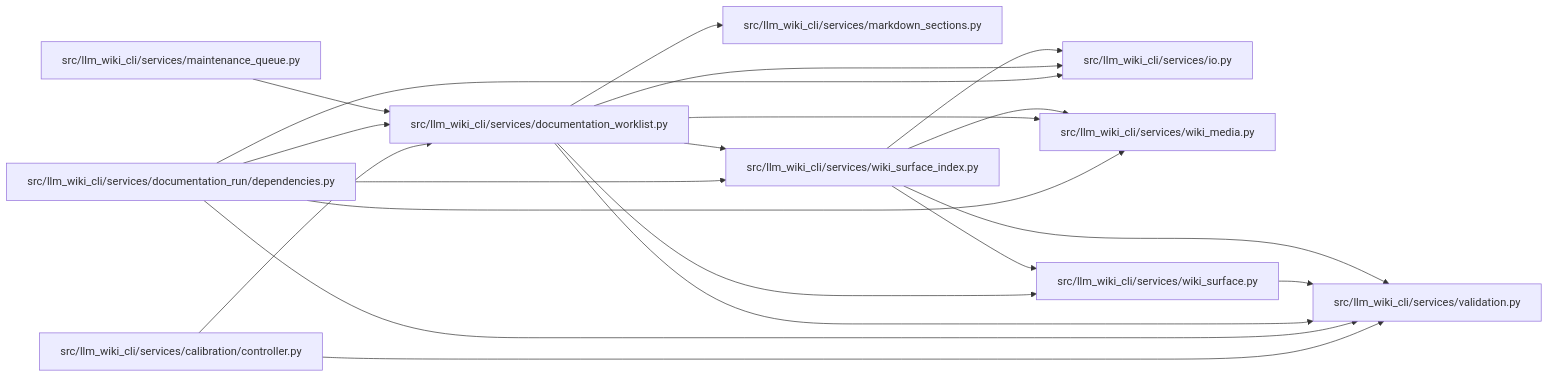
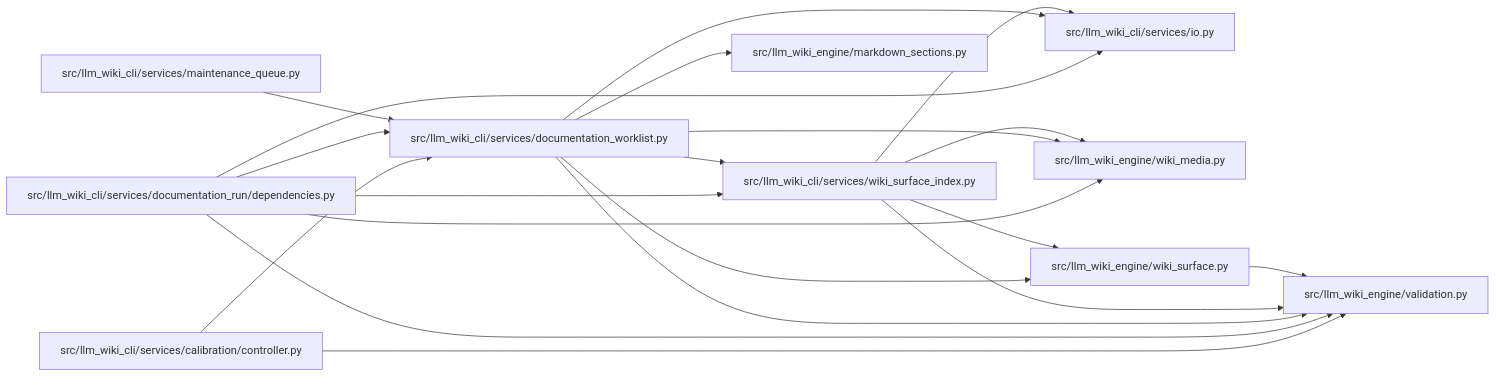
The diagram in docs/llm_wiki/modules/documentation_worklist.md (Denissvgn/python-wiki-llm), drawn with Mermaid before and after one commit. The commit also changed other lines of this file and 1103 other files, not shown here.

First line of the commit message:
docs: refresh the wiki for the llm-wiki-engine distribution

````diff
--- a/docs/llm_wiki/modules/documentation_worklist.md
+++ b/docs/llm_wiki/modules/documentation_worklist.md
@@ -40,42 +40,42 @@
 ```mermaid
 flowchart LR
     n0["src/llm_wiki_cli/services/calibration/controller.py"]
     n1["src/llm_wiki_cli/services/documentation_run/dependencies.py"]
     n2["src/llm_wiki_cli/services/documentation_worklist.py"]
     n3["src/llm_wiki_cli/services/io.py"]
     n4["src/llm_wiki_cli/services/maintenance_queue.py"]
-    n5["src/llm_wiki_cli/services/markdown_sections.py"]
-    n6["src/llm_wiki_cli/services/validation.py"]
-    n7["src/llm_wiki_cli/services/wiki_media.py"]
-    n8["src/llm_wiki_cli/services/wiki_surface.py"]
-    n9["src/llm_wiki_cli/services/wiki_surface_index.py"]
+    n5["src/llm_wiki_cli/services/wiki_surface_index.py"]
+    n6["src/llm_wiki_engine/markdown_sections.py"]
+    n7["src/llm_wiki_engine/validation.py"]
+    n8["src/llm_wiki_engine/wiki_media.py"]
+    n9["src/llm_wiki_engine/wiki_surface.py"]
     n0 --> n2
-    n0 --> n6
+    n0 --> n7
     n1 --> n2
     n1 --> n3
-    n1 --> n6
+    n1 --> n5
     n1 --> n7
-    n1 --> n9
+    n1 --> n8
     n2 --> n3
     n2 --> n5
     n2 --> n6
     n2 --> n7
     n2 --> n8
     n2 --> n9
     n4 --> n2
-    n8 --> n6
-    n9 --> n3
-    n9 --> n6
+    n5 --> n3
+    n5 --> n7
+    n5 --> n8
+    n5 --> n9
     n9 --> n7
-    n9 --> n8
     click n0 "../modules/controller.md"
     click n1 "../modules/documentation_run_dependencies.md"
     click n2 "../modules/documentation_worklist.md"
     click n3 "../modules/io.md"
     click n4 "../modules/maintenance_queue.md"
-    click n5 "../modules/markdown_sections.md"
-    click n6 "../modules/validation.md"
-    click n7 "../modules/wiki_media.md"
-    click n8 "../modules/wiki_surface.md"
-    click n9 "../modules/wiki_surface_index.md"
+    click n5 "../modules/wiki_surface_index.md"
+    click n6 "../modules/markdown_sections.md"
+    click n7 "../modules/validation.md"
+    click n8 "../modules/wiki_media.md"
+    click n9 "../modules/wiki_surface.md"
 ```
````
